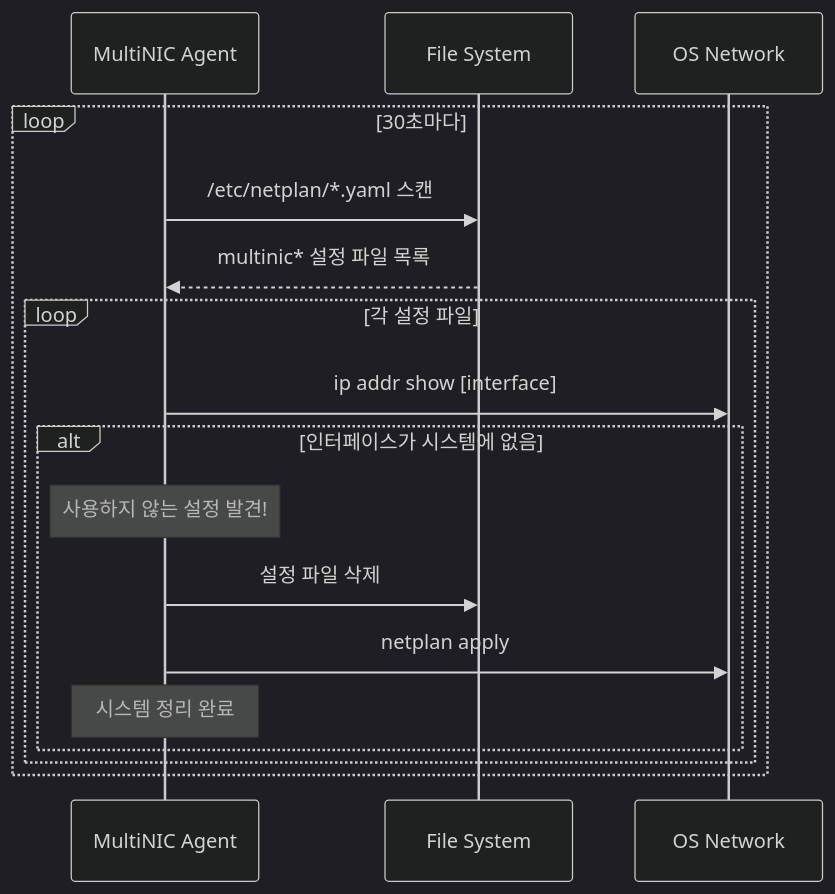
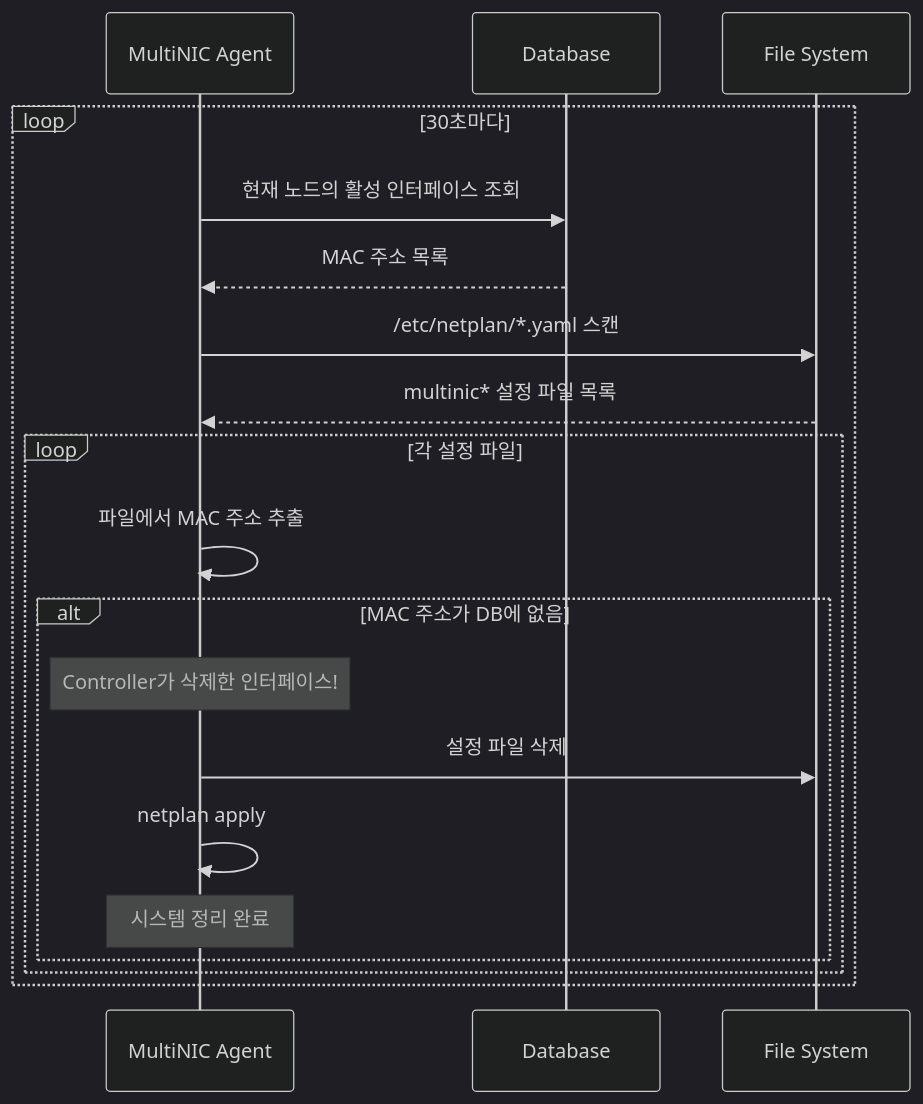
The third of 3 diagrams in README.md (Minzino/multinic-agent), drawn with Mermaid (dark theme) before and after one commit. The commit also changed other lines of this file and 1 other file, not shown here.

````diff
--- a/README.md
+++ b/README.md
@@ -148,21 +159,23 @@
 ```mermaid
 sequenceDiagram
     participant Agent as MultiNIC Agent
+    participant DB as Database
     participant FS as File System
-    participant OS as OS Network
 
     loop 30초마다
+        Agent->>DB: 현재 노드의 활성 인터페이스 조회
+        DB-->>Agent: MAC 주소 목록
         Agent->>FS: /etc/netplan/*.yaml 스캔
         FS-->>Agent: multinic* 설정 파일 목록
         
         loop 각 설정 파일
-            Agent->>OS: ip addr show [interface]
-            alt 인터페이스가 시스템에 없음
-                Note over Agent: 사용하지 않는 설정 발견!
+            Agent->>Agent: 파일에서 MAC 주소 추출
+            alt MAC 주소가 DB에 없음
+                Note over Agent: Controller가 삭제한 인터페이스!
                 Agent->>FS: 설정 파일 삭제
-                Agent->>OS: netplan apply
+                Agent->>Agent: netplan apply
                 Note over Agent: 시스템 정리 완료
             end
         end
     end
 ```
````
